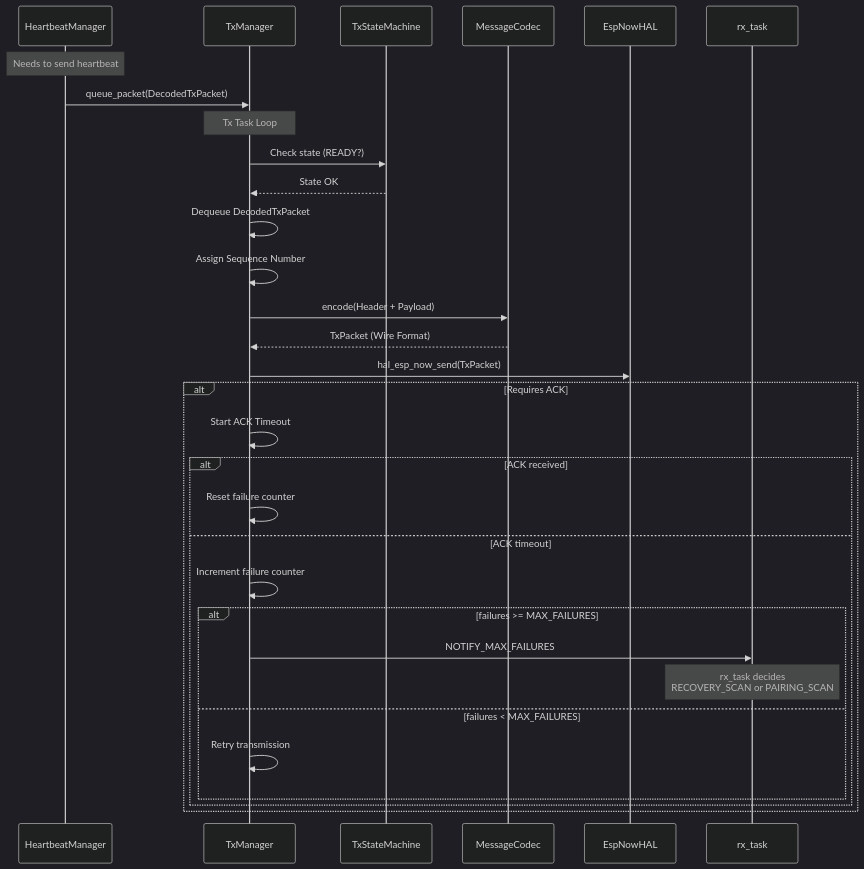
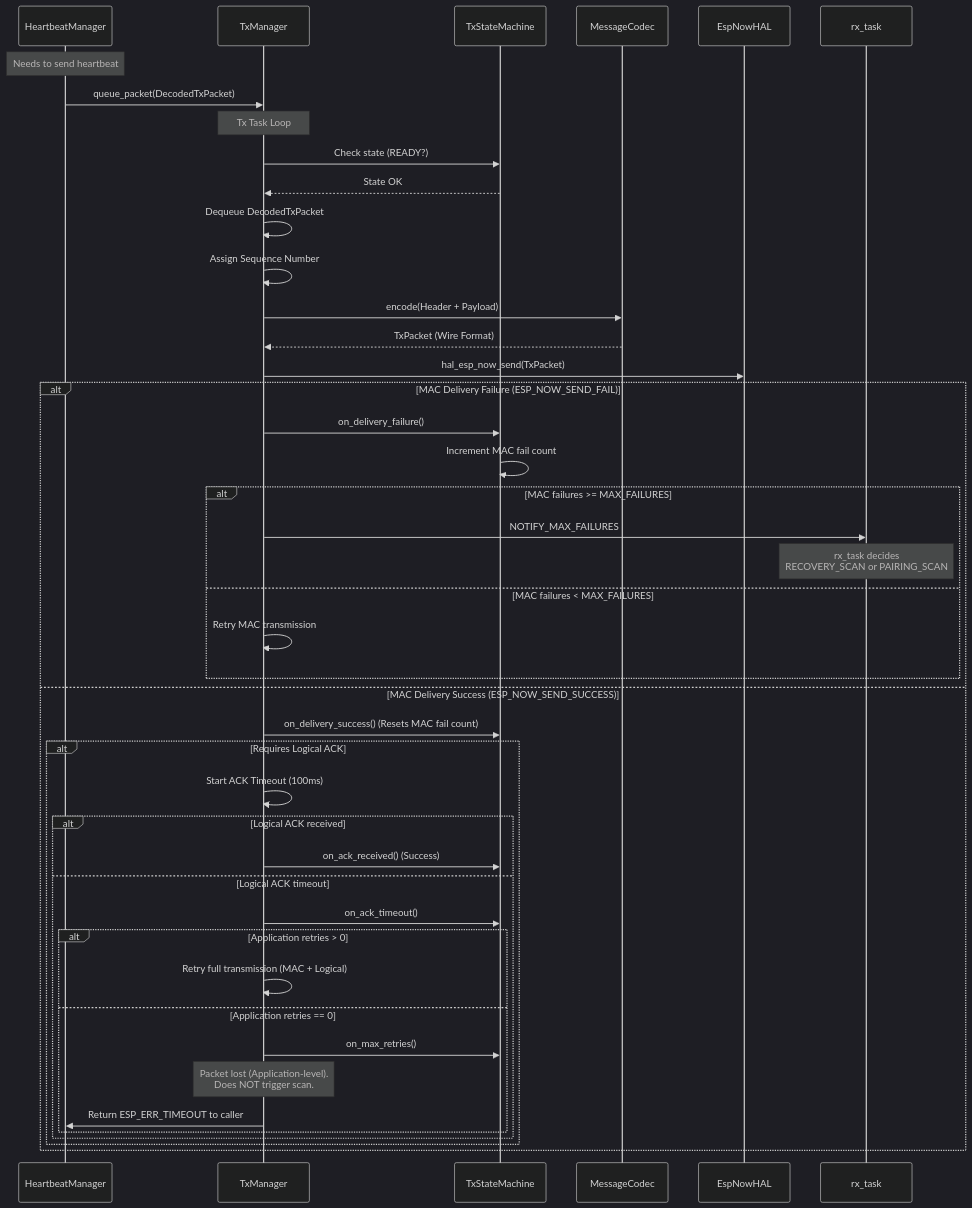
Before and after one commit to aluiziotomazelli/espnow_manager: the third of 4 diagrams in DESIGN.md, drawn with Mermaid (dark theme).

Commit message:
docs: clarify logical vs MAC transmission failures in DESIGN.md
Updated the sequence diagram in Section 4.2 to accurately reflect the
implementation:
- MAC delivery failures (ESP_NOW_SEND_FAIL) increment the failure count and
  can trigger NOTIFY_MAX_FAILURES (leading to a channel scan).
- Logical ACK timeouts trigger retries but eventually result in application
  level packet loss (ESP_ERR_TIMEOUT) without triggering a channel scan.

````diff
--- a/DESIGN.md
+++ b/DESIGN.md
@@ -223,37 +223,50 @@
 ```mermaid
 sequenceDiagram
     participant HM as HeartbeatManager
     participant TM as TxManager
     participant TS as TxStateMachine
     participant CD as MessageCodec
     participant HE as EspNowHAL
     participant RX as rx_task
 
     Note over HM: Needs to send heartbeat
     HM->>TM: queue_packet(DecodedTxPacket)
 
     Note over TM: Tx Task Loop
     TM->>TS: Check state (READY?)
     TS-->>TM: State OK
 
     TM->>TM: Dequeue DecodedTxPacket
     TM->>TM: Assign Sequence Number
     TM->>CD: encode(Header + Payload)
     CD-->>TM: TxPacket (Wire Format)
     TM->>HE: hal_esp_now_send(TxPacket)
 
-    alt Requires ACK
-        TM->>TM: Start ACK Timeout
-        alt ACK received
-            TM->>TM: Reset failure counter
-        else ACK timeout
-            TM->>TM: Increment failure counter
-            alt failures >= MAX_FAILURES
-                TM->>RX: NOTIFY_MAX_FAILURES
-                Note over RX: rx_task decides<br/>RECOVERY_SCAN or PAIRING_SCAN
-            else failures < MAX_FAILURES
-                TM->>TM: Retry transmission
+    alt MAC Delivery Failure (ESP_NOW_SEND_FAIL)
+        TM->>TS: on_delivery_failure()
+        TS->>TS: Increment MAC fail count
+        alt MAC failures >= MAX_FAILURES
+            TM->>RX: NOTIFY_MAX_FAILURES
+            Note over RX: rx_task decides<br/>RECOVERY_SCAN or PAIRING_SCAN
+        else MAC failures < MAX_FAILURES
+            TM->>TM: Retry MAC transmission
+        end
+    else MAC Delivery Success (ESP_NOW_SEND_SUCCESS)
+        TM->>TS: on_delivery_success() (Resets MAC fail count)
+        alt Requires Logical ACK
+            TM->>TM: Start ACK Timeout (100ms)
+            alt Logical ACK received
+                TM->>TS: on_ack_received() (Success)
+            else Logical ACK timeout
+                TM->>TS: on_ack_timeout()
+                alt Application retries > 0
+                    TM->>TM: Retry full transmission (MAC + Logical)
+                else Application retries == 0
+                    TM->>TS: on_max_retries()
+                    Note over TM: Packet lost (Application-level).<br/>Does NOT trigger scan.
+                    TM->>HM: Return ESP_ERR_TIMEOUT to caller
+                end
             end
         end
     end
 ```
````
